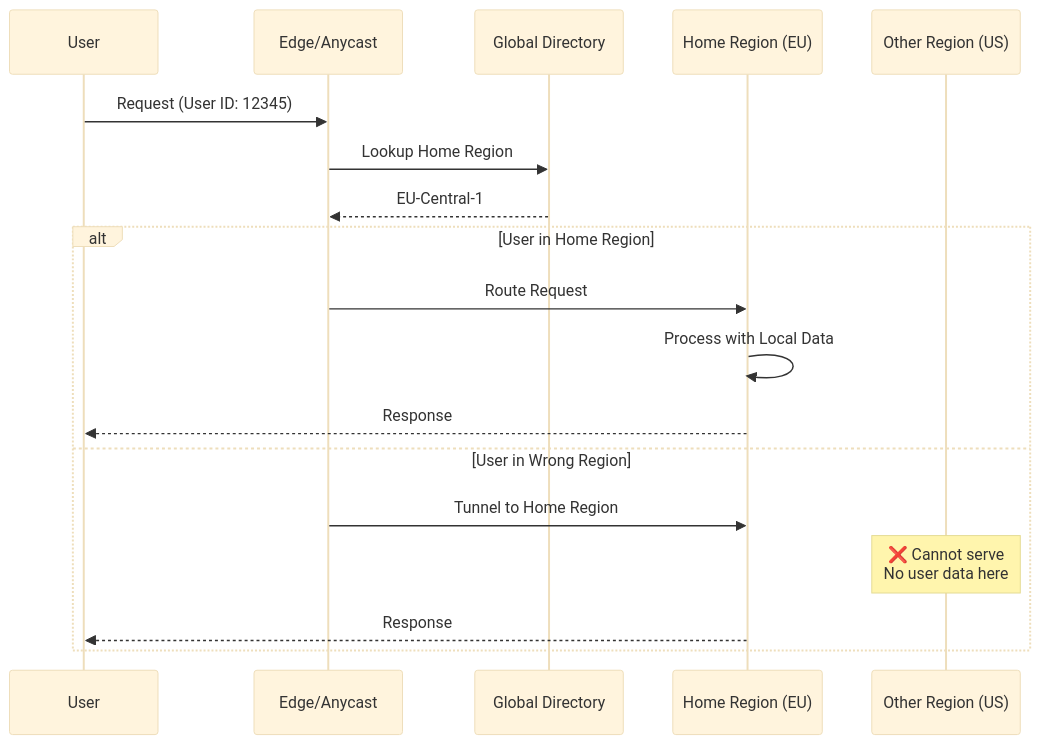
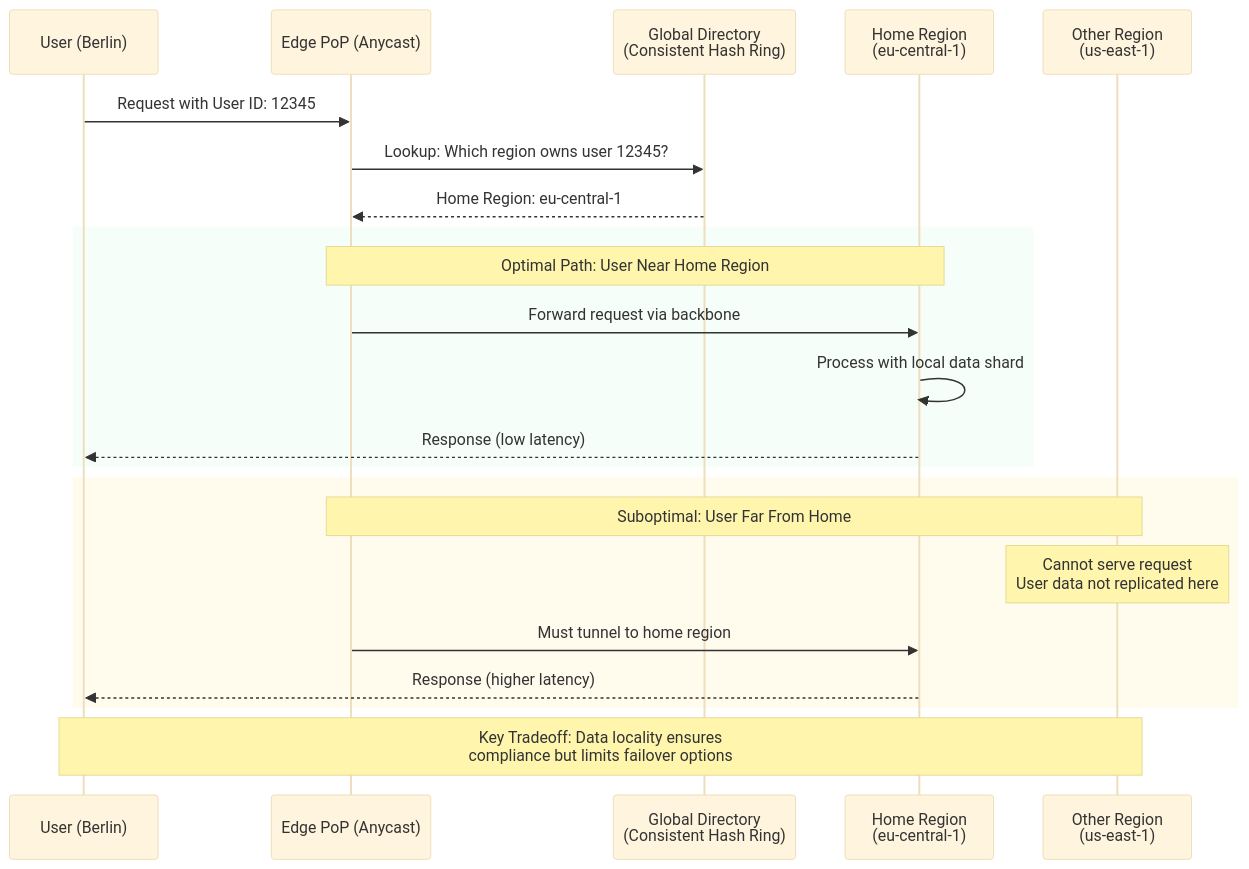
One commit to udaytamma/Cyrus changed the fourth of 4 diagrams in gemini-responses/multi-region-patterns-20260120-1302.md. Above: the diagram before and after it, drawn with Mermaid (base theme). The commit also changed other lines of this file and 28 other files, not shown here.

First line of the commit message:
Upgrade Knowledge Base Mermaid diagrams to professional styling

````diff
--- a/gemini-responses/multi-region-patterns-20260120-1302.md
+++ b/gemini-responses/multi-region-patterns-20260120-1302.md
@@ -311,22 +364,28 @@
 ```mermaid
 sequenceDiagram
-    participant User
-    participant Edge as Edge/Anycast
-    participant Directory as Global Directory
-    participant HomeRegion as Home Region (EU)
-    participant OtherRegion as Other Region (US)
+    participant U as User (Berlin)
+    participant E as Edge PoP (Anycast)
+    participant D as Global Directory<br/>(Consistent Hash Ring)
+    participant H as Home Region<br/>(eu-central-1)
+    participant O as Other Region<br/>(us-east-1)
 
-    User->>Edge: Request (User ID: 12345)
-    Edge->>Directory: Lookup Home Region
-    Directory-->>Edge: EU-Central-1
+    U->>E: Request with User ID: 12345
+    E->>D: Lookup: Which region owns user 12345?
+    D-->>E: Home Region: eu-central-1
 
-    alt User in Home Region
-        Edge->>HomeRegion: Route Request
-        HomeRegion->>HomeRegion: Process with Local Data
-        HomeRegion-->>User: Response
-    else User in Wrong Region
-        Edge->>HomeRegion: Tunnel to Home Region
-        Note over OtherRegion: ❌ Cannot serve<br/>No user data here
-        HomeRegion-->>User: Response
+    rect rgba(220,252,231,0.3)
+        Note over E,H: Optimal Path: User Near Home Region
+        E->>H: Forward request via backbone
+        H->>H: Process with local data shard
+        H-->>U: Response (low latency)
     end
+
+    rect rgba(254,243,199,0.3)
+        Note over E,O: Suboptimal: User Far From Home
+        Note over O: Cannot serve request<br/>User data not replicated here
+        E->>H: Must tunnel to home region
+        H-->>U: Response (higher latency)
+    end
+
+    Note over U,O: Key Tradeoff: Data locality ensures<br/>compliance but limits failover options
 ```
````
